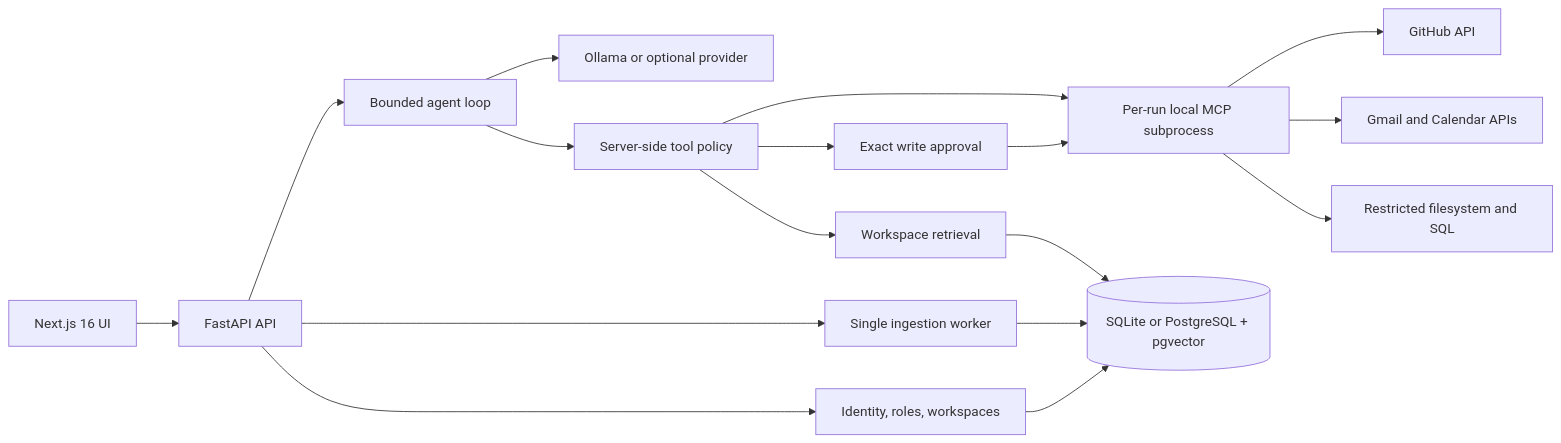
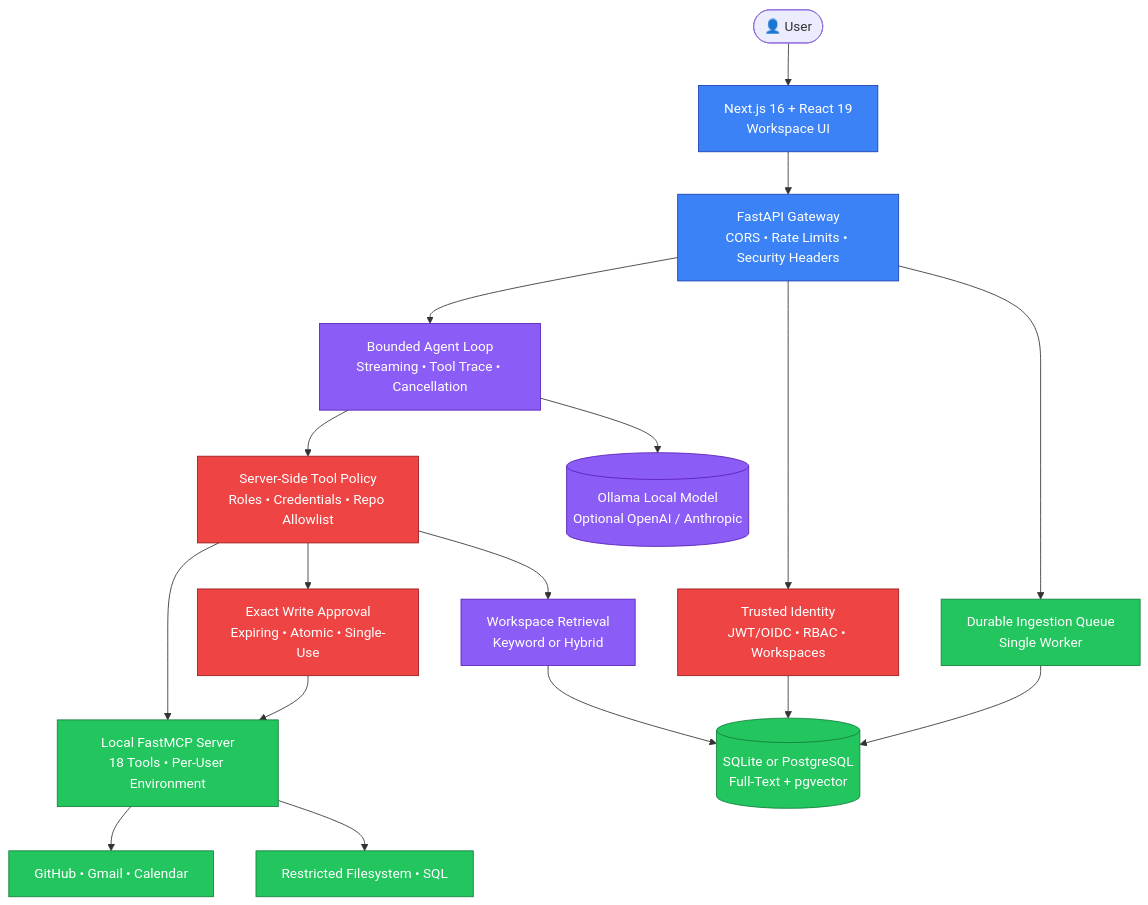
One commit to virinchisai/sentinel-ai changed the diagram in README.md. Above: the diagram before and after it, drawn with Mermaid. The commit also changed other lines of this file, not shown here.

````diff
--- a/README.md
+++ b/README.md
@@ -51,19 +69,40 @@
 ```mermaid
-flowchart LR
-    Browser[Next.js 16 UI] --> API[FastAPI API]
-    API --> Auth[Identity, roles, workspaces]
-    API --> Agent[Bounded agent loop]
-    API --> Jobs[Single ingestion worker]
-    Agent --> Model[Ollama or optional provider]
-    Agent --> Policy[Server-side tool policy]
-    Policy --> Retrieval[Workspace retrieval]
-    Policy --> Approval[Exact write approval]
-    Policy --> MCP[Per-run local MCP subprocess]
-    Approval --> MCP
-    MCP --> GitHub[GitHub API]
-    MCP --> Google[Gmail and Calendar APIs]
-    MCP --> Host[Restricted filesystem and SQL]
-    Retrieval --> DB[(SQLite or PostgreSQL + pgvector)]
+flowchart TD
+    User([👤 User])
+    UI[Next.js 16 + React 19<br/>Workspace UI]
+    API[FastAPI Gateway<br/>CORS • Rate Limits • Security Headers]
+    Auth[Trusted Identity<br/>JWT/OIDC • RBAC • Workspaces]
+    Agent[Bounded Agent Loop<br/>Streaming • Tool Trace • Cancellation]
+    Policy[Server-Side Tool Policy<br/>Roles • Credentials • Repo Allowlist]
+    Approval[Exact Write Approval<br/>Expiring • Atomic • Single-Use]
+    LLM[(Ollama Local Model<br/>Optional OpenAI / Anthropic)]
+    MCP[Local FastMCP Server<br/>18 Tools • Per-User Environment]
+    RAG[Workspace Retrieval<br/>Keyword or Hybrid]
+    DB[(SQLite or PostgreSQL<br/>Full-Text + pgvector)]
+    Jobs[Durable Ingestion Queue<br/>Single Worker]
+    External[GitHub • Gmail • Calendar]
+    Host[Restricted Filesystem • SQL]
+
+    User --> UI --> API
+    API --> Auth
+    API --> Agent
+    API --> Jobs
+    Agent --> LLM
+    Agent --> Policy
+    Policy --> RAG --> DB
+    Policy --> MCP
+    Policy --> Approval --> MCP
+    MCP --> External
+    MCP --> Host
+    Auth --> DB
     Jobs --> DB
-    Auth --> DB
+
+    classDef gateway fill:#3b82f6,stroke:#1e40af,color:#fff
+    classDef security fill:#ef4444,stroke:#991b1b,color:#fff
+    classDef ai fill:#8b5cf6,stroke:#5b21b6,color:#fff
+    classDef tool fill:#22c55e,stroke:#15803d,color:#fff
+    class UI,API gateway
+    class Auth,Policy,Approval security
+    class Agent,LLM,RAG ai
+    class MCP,External,Host,Jobs,DB tool
 ```
````
